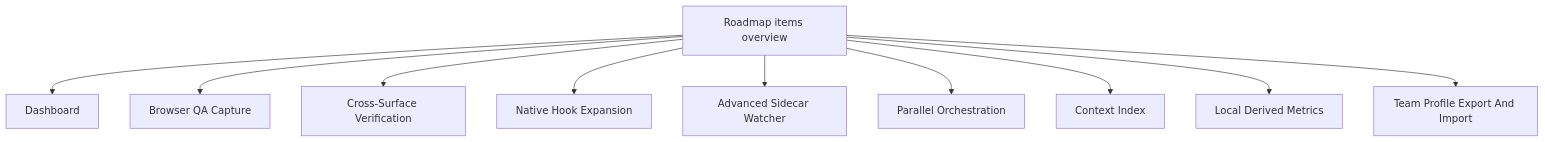
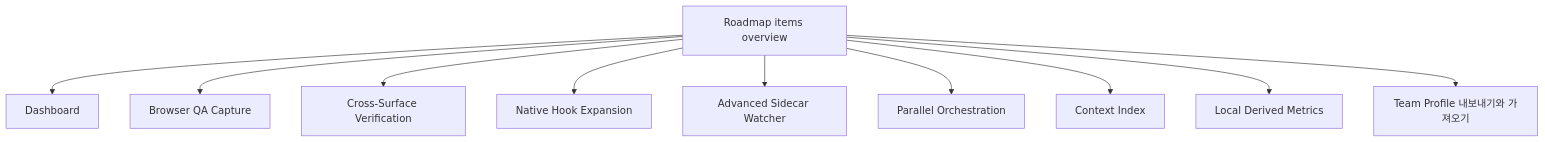
The third of 5 diagrams in docs/ko/roadmap.md (minjungw00/Harness_Project), drawn with Mermaid before and after one commit. The commit also changed other lines of this file and 21 other files, not shown here.

````diff
--- a/docs/ko/roadmap.md
+++ b/docs/ko/roadmap.md
@@ -53,12 +53,12 @@
 ```mermaid
 flowchart TD
   LaterItems["Roadmap items overview"] --> Dashboard["Dashboard"]
   LaterItems --> BrowserQA["Browser QA Capture"]
   LaterItems --> CrossSurface["Cross-Surface Verification"]
   LaterItems --> Hooks["Native Hook Expansion"]
   LaterItems --> Watcher["Advanced Sidecar Watcher"]
   LaterItems --> Parallel["Parallel Orchestration"]
   LaterItems --> ContextIndex["Context Index"]
   LaterItems --> LocalMetrics["Local Derived Metrics"]
-  LaterItems --> TeamProfiles["Team Profile Export And Import"]
+  LaterItems --> TeamProfiles["Team Profile 내보내기와 가져오기"]
 ```
````
